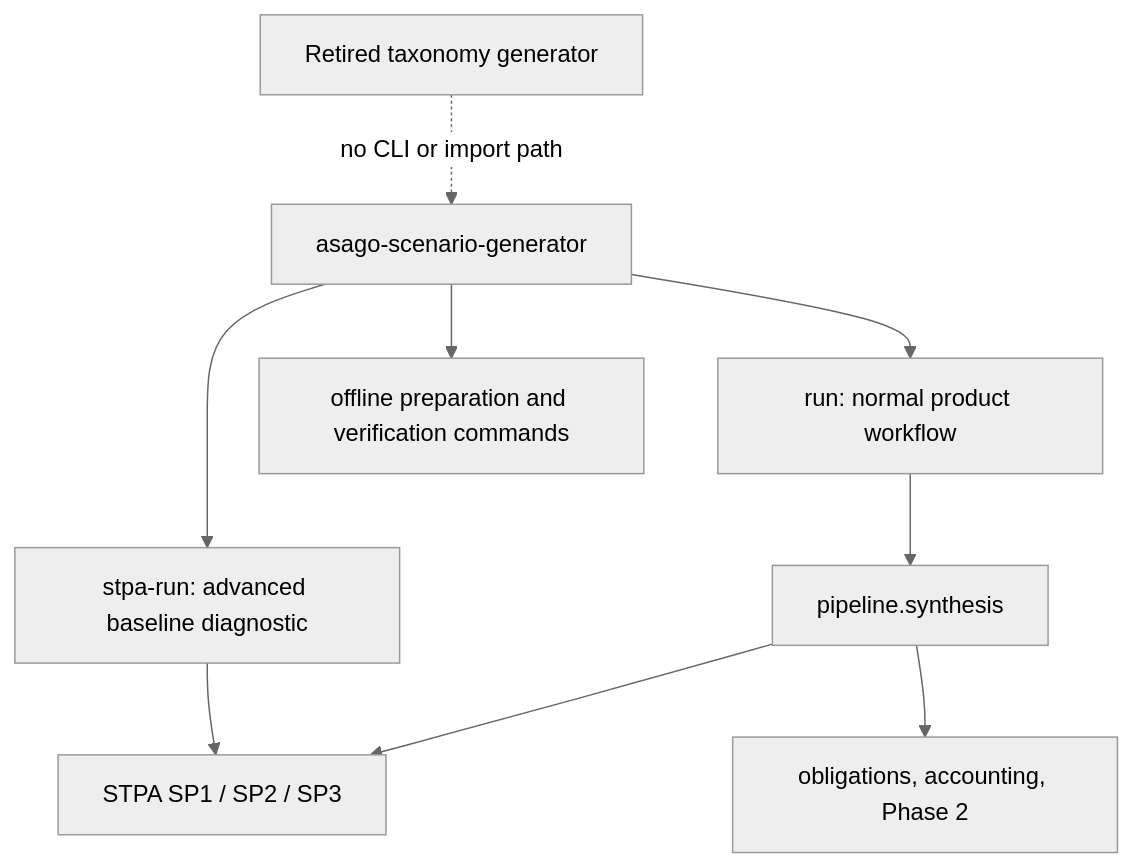
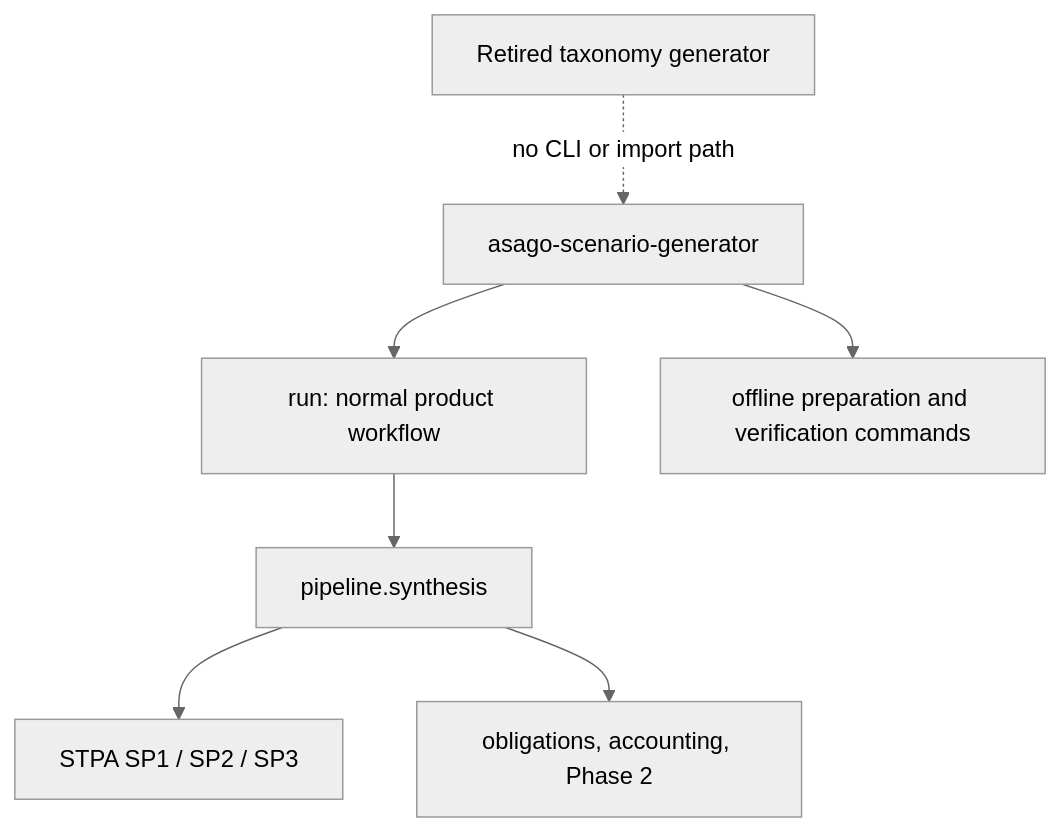
The second of 3 diagrams in docs/architecture/data-flow-diagrams.md (hjrnunes/asago-scenario-generator), drawn with Mermaid (neutral theme) before and after one commit. The commit also changed other lines of this file and 113 other files, not shown here.

````diff
--- a/docs/architecture/data-flow-diagrams.md
+++ b/docs/architecture/data-flow-diagrams.md
@@ -59,15 +59,13 @@
 ```mermaid
 flowchart TB
     CLI[asago-scenario-generator]
     CLI --> RUN[run: normal product workflow]
-    CLI --> DIAG[stpa-run: advanced baseline diagnostic]
     CLI --> PRE[offline preparation and verification commands]
 
     RUN --> SYN[pipeline.synthesis]
     SYN --> STPA[STPA SP1 / SP2 / SP3]
     SYN --> PHASES[obligations, accounting, Phase 2]
-    DIAG --> STPA
 
     OLD[Retired taxonomy generator]
     OLD -. no CLI or import path .-> CLI
 ```
````
